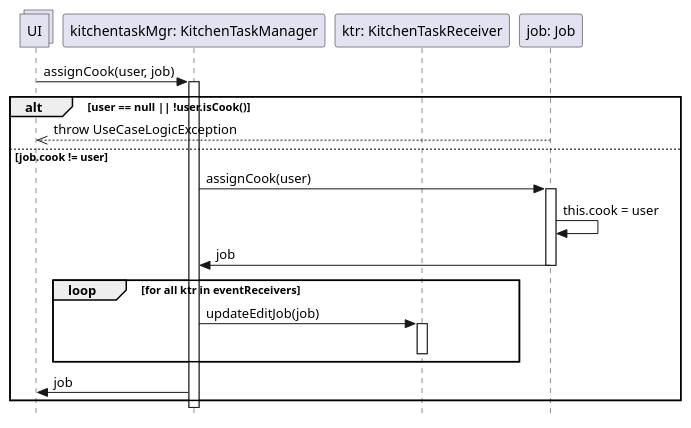
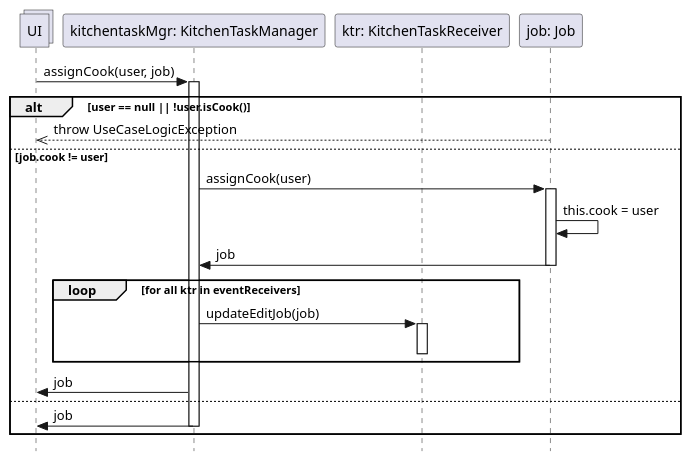
One commit to stefa168/sas-project changed the diagram in DSD Operazione 6c.puml. Above: the diagram before and after it, drawn with PlantUML.

Commit message:
Modifica di layout

```diff
--- a/DSD Operazione 6c.puml
+++ b/DSD Operazione 6c.puml
@@ -1,40 +1,39 @@
 @startuml
 skinparam Style strictuml
 
 collections UI
 
 participant "kitchentaskMgr: KitchenTaskManager" as ktm
 participant "ktr: KitchenTaskReceiver" as ktr
 participant "job: Job" as job
 
 UI -> ktm: assignCook(user, job)
 activate ktm
 alt user == null || !user.isCook()
     UI <<-- job: throw UseCaseLogicException
 else job.cook != user
 
     ktm -> job: assignCook(user)
     activate job
     job -> job: this.cook = user
     ktm <- job: job
     deactivate job
 
     loop for all ktr in eventReceivers
         ktm -> ktr : updateEditJob(job)
         activate ktr
         deactivate ktr
 
     end
 
 
     UI <- ktm: job
-
-
-
+else
+    UI <- ktm: job
+deactivate ktm
 end
-deactivate ktm
 
 
 
 
 @enduml
```
